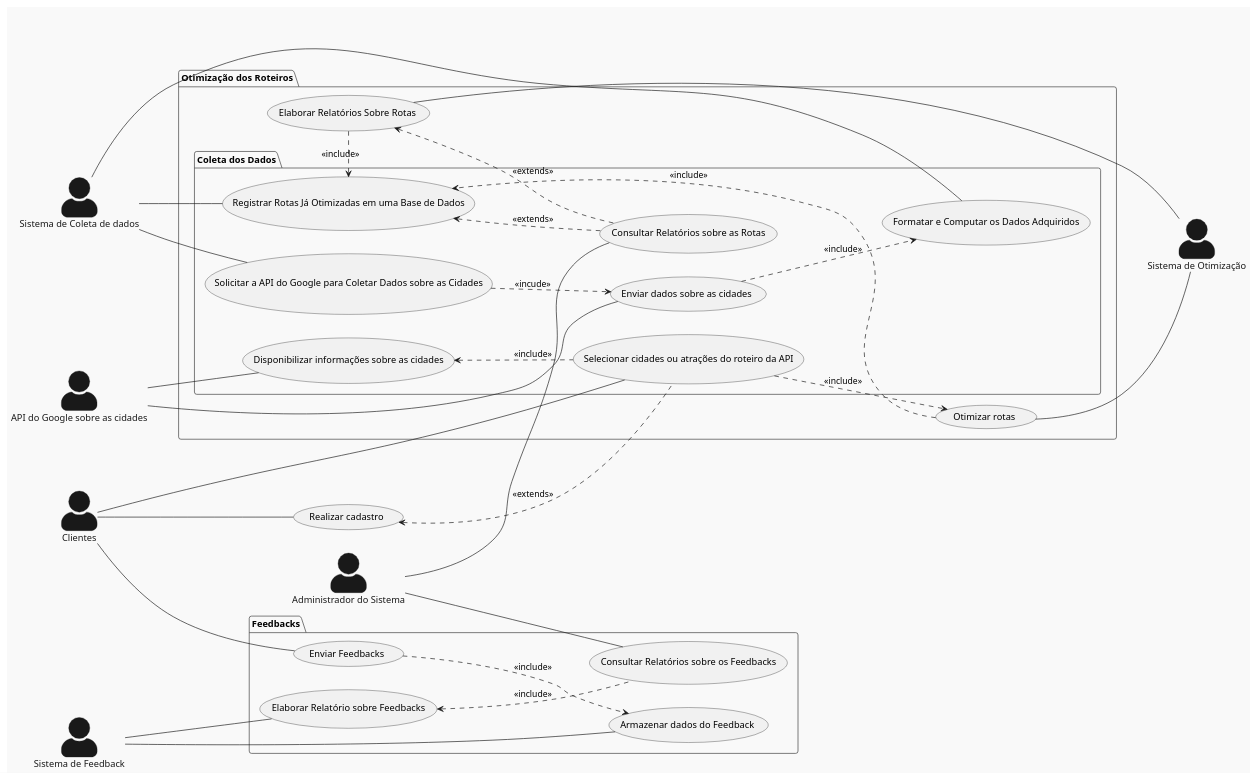
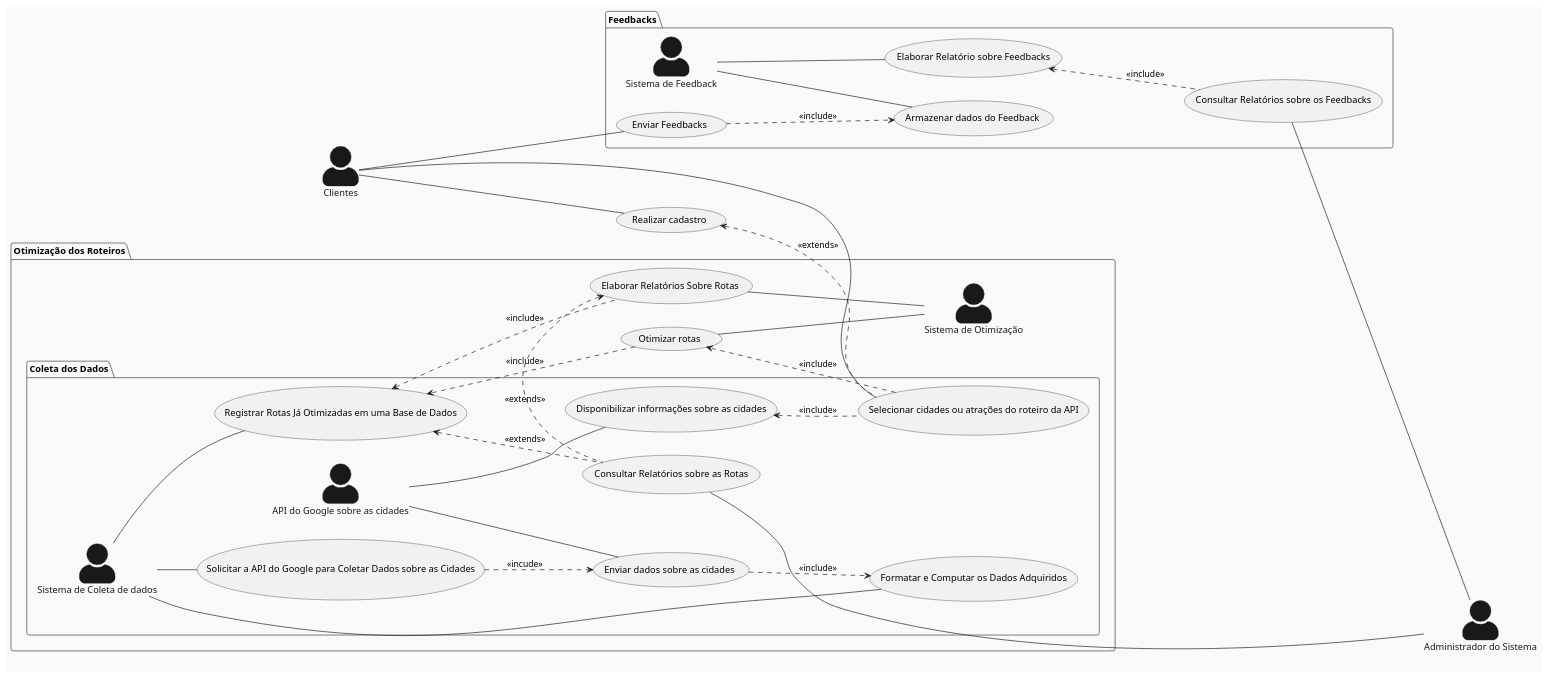
Before and after one commit to pedrodilallo/site_turismo_SIG: the diagram in Relatório/Semana-1/Diagramas/DCU.md, drawn with PlantUML. The commit also changed 1 other file, not shown here.

Commit message:
Mais correções DCU

```diff
--- a/Relatório/Semana-1/Diagramas/DCU.md
+++ b/Relatório/Semana-1/Diagramas/DCU.md
@@ -1,69 +1,70 @@
 @startuml
 skinparam actorStyle awesome
 !theme mars
 left to right direction
-
 actor "Clientes" as cliente
-actor "API do Google sobre as cidades" as API
-actor "Sistema de Otimização" as  otimizador
 actor "Administrador do Sistema" as sys_admin
-actor "Sistema de Feedback" as feedback
-actor "Sistema de Coleta de dados" as coletador
 
 cliente -- (Realizar cadastro)
 
 
 
 
 package "Otimização dos Roteiros"{
+actor "Sistema de Otimização" as  otimizador
 
 
 (Otimizar rotas) -- otimizador 
 
+
     package "Coleta dos Dados"{
+        actor "Sistema de Coleta de dados" as coletador
+        actor "API do Google sobre as cidades" as API   
+
         cliente -- (Selecionar cidades ou atrações do roteiro da API)
         (Selecionar cidades ou atrações do roteiro da API) ..> (Otimizar rotas): <<include>>
         (Solicitar a API do Google para Coletar Dados sobre as Cidades) ..> (Enviar dados sobre as cidades) : <<incude>>
         coletador -- (Solicitar a API do Google para Coletar Dados sobre as Cidades)
         coletador -- (Registrar Rotas Já Otimizadas em uma Base de Dados)
         coletador -- (Formatar e Computar os Dados Adquiridos)
         API -- (Enviar dados sobre as cidades)
         API -- (Disponibilizar informações sobre as cidades)
         (Disponibilizar informações sobre as cidades) <.. (Selecionar cidades ou atrações do roteiro da API) : <<include>>
         (Otimizar rotas) ..> (Registrar Rotas Já Otimizadas em uma Base de Dados) : <<include>>
         (Registrar Rotas Já Otimizadas em uma Base de Dados) <.. (Consultar Relatórios sobre as Rotas) : <<extends>>
 
     }
 (Registrar Rotas Já Otimizadas em uma Base de Dados) <.. (Elaborar Relatórios Sobre Rotas):<<include>>
 (Elaborar Relatórios Sobre Rotas) <.. (Consultar Relatórios sobre as Rotas): <<extends>> 
 (Elaborar Relatórios Sobre Rotas) -- otimizador
 
 }
 
 
 
-sys_admin -- (Consultar Relatórios sobre as Rotas)
+(Consultar Relatórios sobre as Rotas) -- sys_admin
 
 
 
 
 (Realizar cadastro) <.. (Selecionar cidades ou atrações do roteiro da API) : <<extends>>
 (Enviar dados sobre as cidades) ..> (Formatar e Computar os Dados Adquiridos) : <<include>>
 
 
 package "Feedbacks"{
+actor "Sistema de Feedback" as feedback
 
 (Enviar Feedbacks) ..> (Armazenar dados do Feedback) : <<include>>
 (Elaborar Relatório sobre Feedbacks) <.. (Consultar Relatórios sobre os Feedbacks) : <<include>>
 cliente -- (Enviar Feedbacks)
 feedback -- (Armazenar dados do Feedback)
-sys_admin -- (Consultar Relatórios sobre os Feedbacks)  
+(Consultar Relatórios sobre os Feedbacks) -- sys_admin
 feedback -- (Elaborar Relatório sobre Feedbacks)
 
 
 
 }
 
 
 
 @enduml
```
